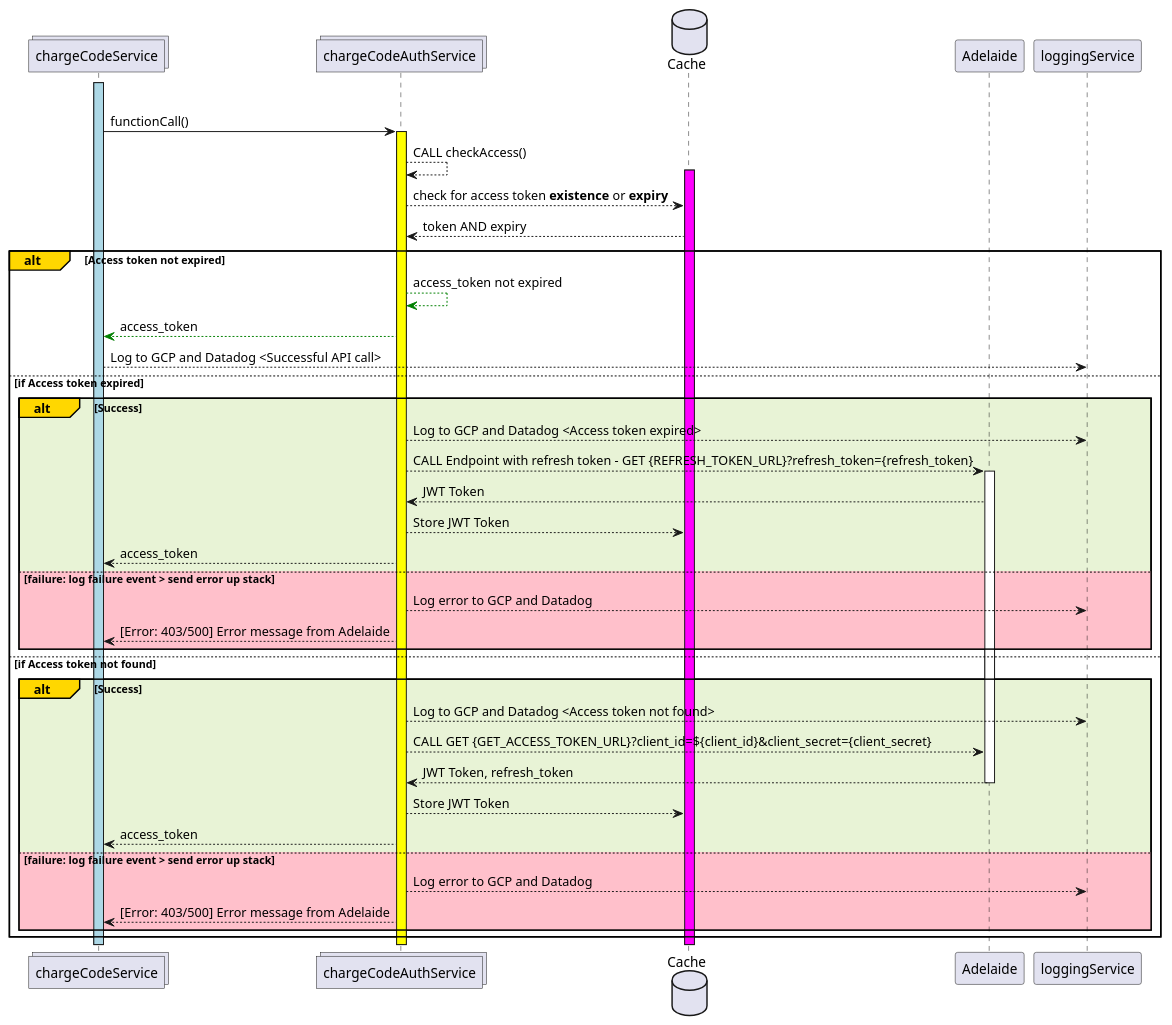
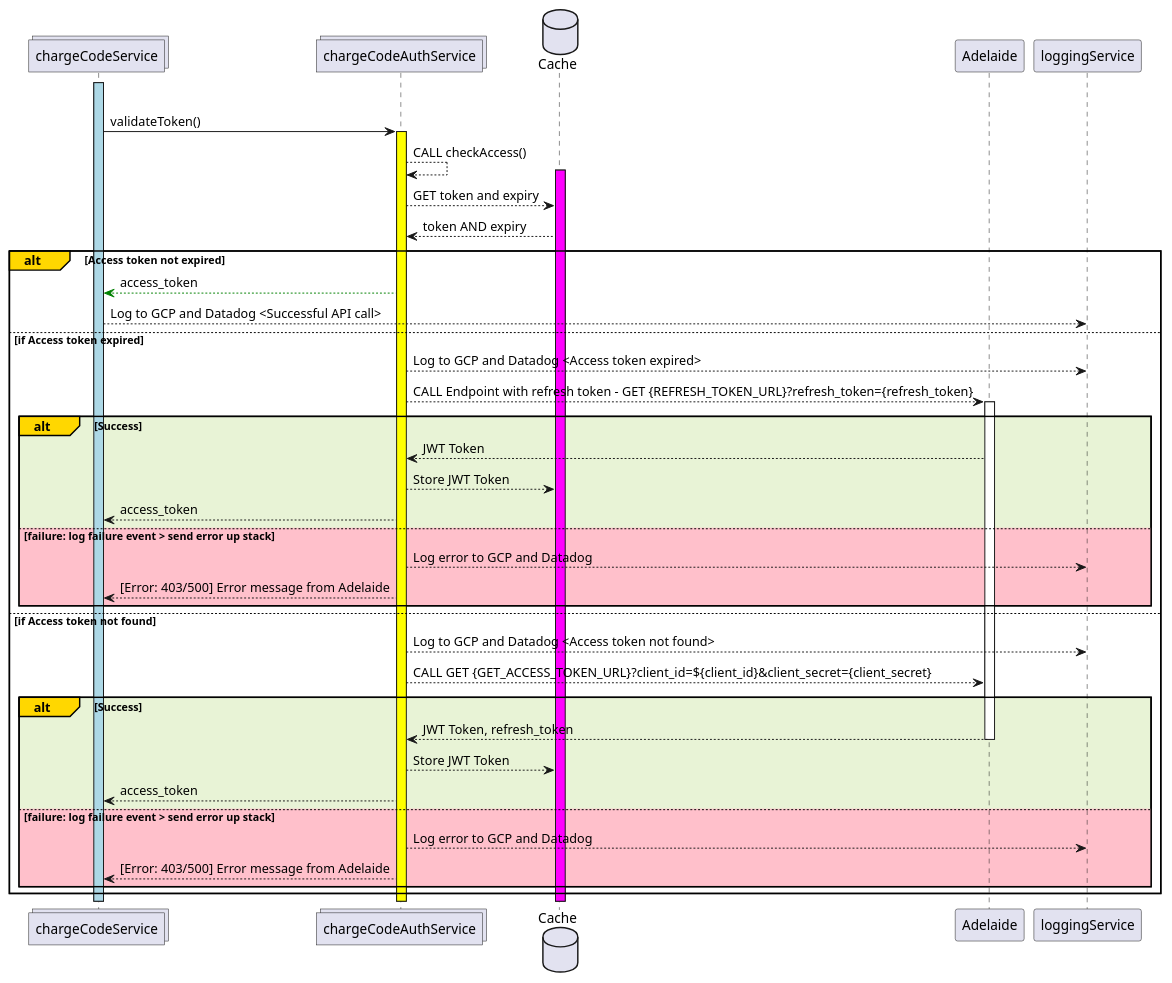
Before and after one commit to rajsaha/sequenceDiagrams: the diagram in JAAS-1549 Charge code auth flow.puml, drawn with PlantUML.

Commit message:
Minor update charge code puml

```diff
--- a/JAAS-1549 Charge code auth flow.puml
+++ b/JAAS-1549 Charge code auth flow.puml
@@ -1,47 +1,42 @@
 @startuml
-collections chargeCodeService          as chargeCodeService
-collections chargeCodeAuthService      as chargeCodeAuthService
-database    Cache                      as Cache
-participant Adelaide                   as Adelaide
-
+collections chargeCodeService as chargeCodeService
+collections chargeCodeAuthService as chargeCodeAuthService
+database Cache as Cache
+participant Adelaide as Adelaide
 activate chargeCodeService #lightblue
 group Charge Code Auth Service: Authenticate call
-chargeCodeService -> chargeCodeAuthService: functionCall()
-
+chargeCodeService -> chargeCodeAuthService: validateToken()
 activate chargeCodeAuthService #yellow
 chargeCodeAuthService --> chargeCodeAuthService: CALL checkAccess()
 activate Cache #magenta
-chargeCodeAuthService --> Cache: check for access token **existence** or **expiry**
-
+chargeCodeAuthService --> Cache: GET token and expiry
 Cache --> chargeCodeAuthService: token AND expiry
-
 alt#Gold Access token not expired
-chargeCodeAuthService --[#green]> chargeCodeAuthService: access_token not expired
 chargeCodeAuthService --[#green]> chargeCodeService: access_token
 chargeCodeService --> loggingService: Log to GCP and Datadog <Successful API call>
 else if Access token expired
-alt#gold #E8F3D6 Success
 chargeCodeAuthService --> loggingService: Log to GCP and Datadog <Access token expired>
 chargeCodeAuthService --> Adelaide: CALL Endpoint with refresh token - GET {REFRESH_TOKEN_URL}?refresh_token={refresh_token}
 activate Adelaide
+alt#gold #E8F3D6 Success
 Adelaide --> chargeCodeAuthService: JWT Token
 chargeCodeAuthService --> Cache: Store JWT Token
 chargeCodeAuthService --> chargeCodeService: access_token
 else #pink failure: log failure event > send error up stack
 chargeCodeAuthService --> loggingService: Log error to GCP and Datadog
 chargeCodeAuthService --> chargeCodeService: [Error: 403/500] Error message from Adelaide
 end
 else if Access token not found
-alt#gold #E8F3D6 Success
 chargeCodeAuthService --> loggingService: Log to GCP and Datadog <Access token not found>
 chargeCodeAuthService --> Adelaide: CALL GET {GET_ACCESS_TOKEN_URL}?client_id=${client_id}&client_secret={client_secret}
+alt#gold #E8F3D6 Success
 Adelaide --> chargeCodeAuthService: JWT Token, refresh_token
 deactivate Adelaide
 chargeCodeAuthService --> Cache: Store JWT Token
 chargeCodeAuthService --> chargeCodeService: access_token
 else #pink failure: log failure event > send error up stack
 chargeCodeAuthService --> loggingService: Log error to GCP and Datadog
 chargeCodeAuthService --> chargeCodeService: [Error: 403/500] Error message from Adelaide
 end
 end `End of Access token found
 @enduml
```
